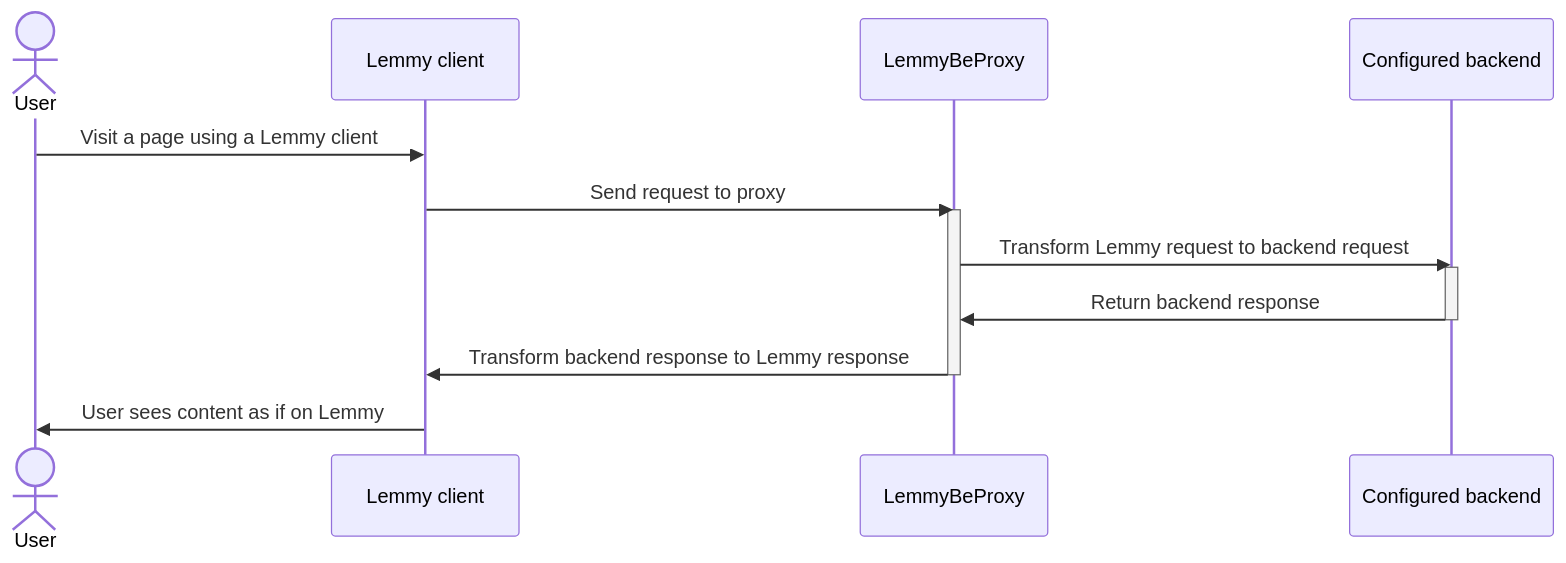
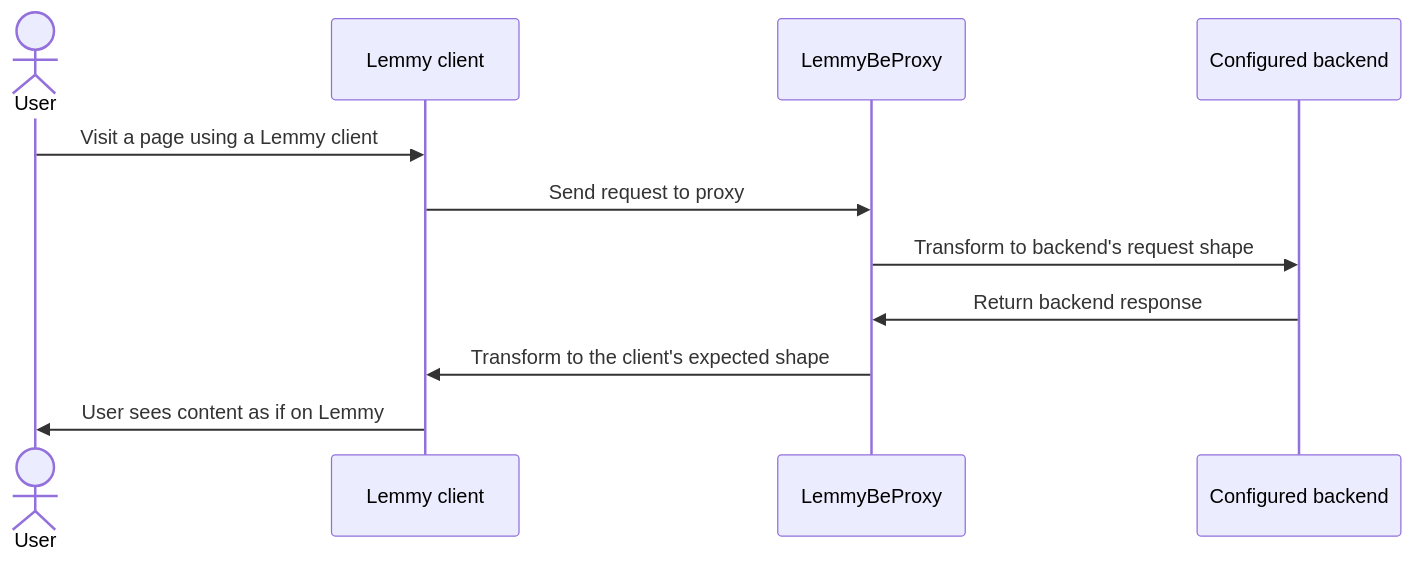
One commit to DaDosDude/LemmyPiefedProxy changed the diagram in README.md. Above: the diagram before and after it, drawn with Mermaid. The commit also changed other lines of this file and 1 other file, not shown here.

````diff
--- a/README.md
+++ b/README.md
@@ -38,18 +19,14 @@
 ```mermaid
 sequenceDiagram
     actor User
     participant Client as Lemmy client
     participant Proxy as LemmyBeProxy
     participant Backend as Configured backend
 
     User->>Client: Visit a page using a Lemmy client
     Client->>Proxy: Send request to proxy
-    activate Proxy
-    Proxy->>Backend: Transform Lemmy request to backend request
-    activate Backend
+    Proxy->>Backend: Transform to backend's request shape
     Backend->>Proxy: Return backend response
-    deactivate Backend
-    Proxy->>Client: Transform backend response to Lemmy response
-    deactivate Proxy
+    Proxy->>Client: Transform to the client's expected shape
     Client->>User: User sees content as if on Lemmy
 ```
````
